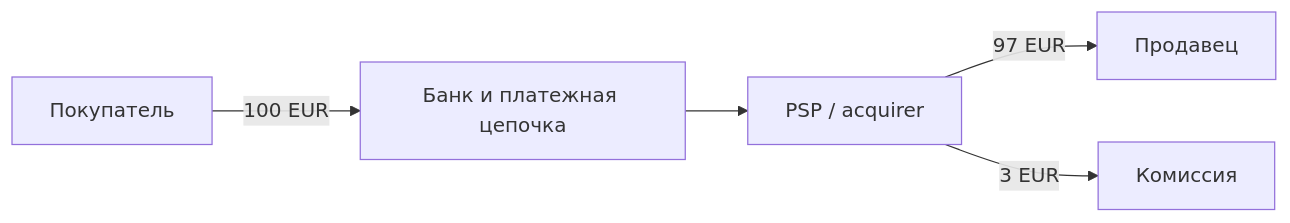
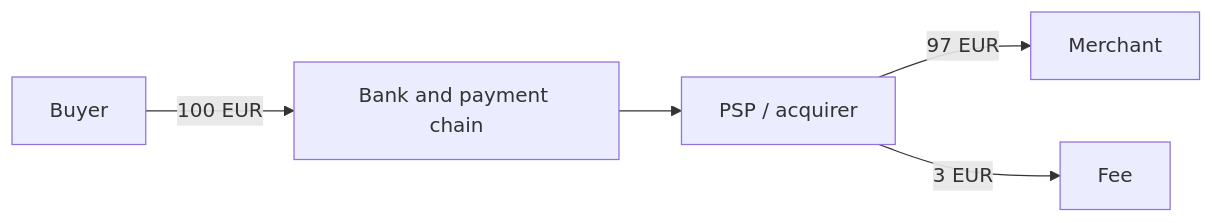
The fourth of 11 diagrams in Textbook/01-Market-rules-and-licensing/README.md (nuanu-ai/fintech-textbook-2026), drawn with Mermaid before and after one commit. The commit also changed other lines of this file and 78 other files, not shown here.

````diff
--- a/Textbook/01-Market-rules-and-licensing/README.md
+++ b/Textbook/01-Market-rules-and-licensing/README.md
@@ -130,7 +130,7 @@
 ```mermaid
 flowchart LR
- B[Покупатель] -->|100 EUR| R[Банк и платежная цепочка]
+ B[Buyer] -->|100 EUR| R[Bank and payment chain]
  R --> P[PSP / acquirer]
- P -->|97 EUR| M[Продавец]
- P -->|3 EUR| F[Комиссия]
+ P -->|97 EUR| M[Merchant]
+ P -->|3 EUR| F[Fee]
 ```
````
